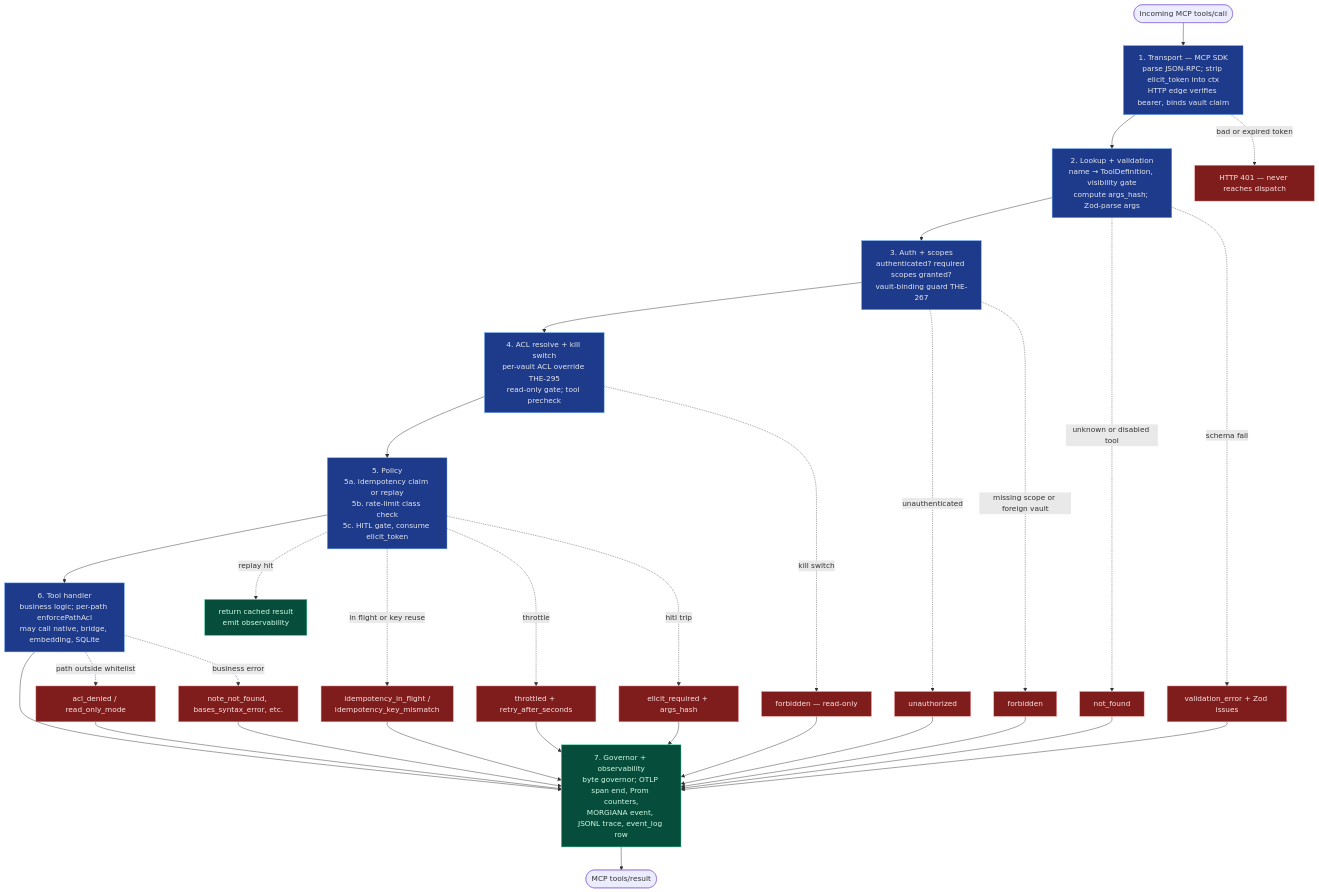
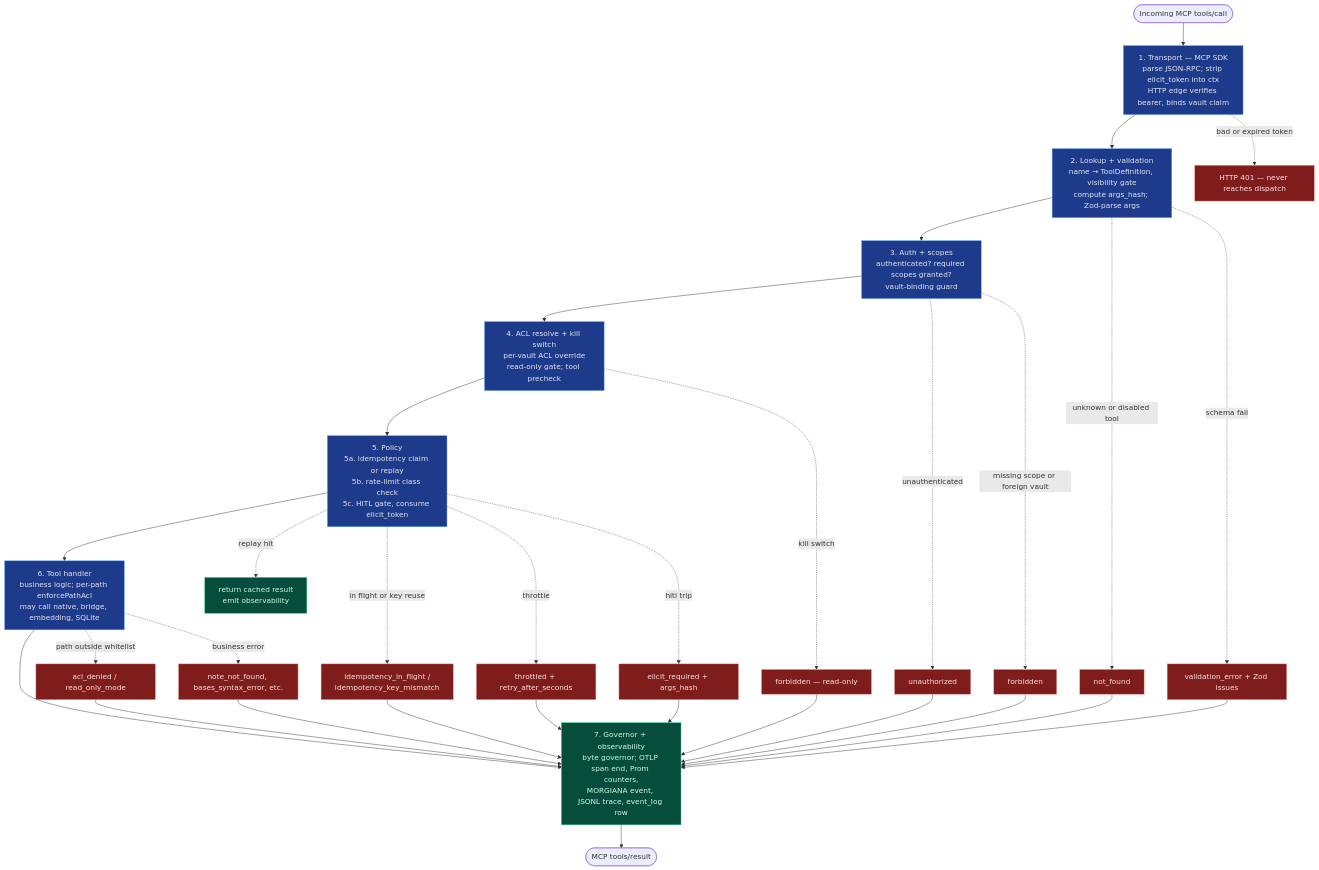
One commit to The-40-Thieves/obsidian-tc changed the diagram in ARCHITECTURE.md. Above: the diagram before and after it, drawn with Mermaid. The commit also changed other lines of this file and 86 other files, not shown here.

````diff
--- a/ARCHITECTURE.md
+++ b/ARCHITECTURE.md
@@ -128,54 +126,54 @@
 ```mermaid
 flowchart TB
     classDef ts fill:#1e3a8a,stroke:#60a5fa,color:#e5e7eb
     classDef store fill:#312e81,stroke:#a78bfa,color:#ede9fe
     classDef obs fill:#064e3b,stroke:#34d399,color:#d1fae5
     classDef err fill:#7f1d1d,stroke:#fca5a5,color:#fee2e2
 
     req([Incoming MCP tools/call])
     req --> transport
 
     transport[1. Transport — MCP SDK<br/>parse JSON-RPC; strip elicit_token into ctx<br/>HTTP edge verifies bearer, binds vault claim]:::ts
     transport --> lookup
     transport -.bad or expired token.-> errAuth[HTTP 401 — never reaches dispatch]:::err
 
     lookup[2. Lookup + validation<br/>name → ToolDefinition, visibility gate<br/>compute args_hash; Zod-parse args]:::ts
     lookup --> auth
     lookup -.unknown or disabled tool.-> errRouter[not_found]:::err
     lookup -.schema fail.-> errValidation[validation_error + Zod issues]:::err
 
-    auth[3. Auth + scopes<br/>authenticated? required scopes granted?<br/>vault-binding guard THE-267]:::ts
+    auth[3. Auth + scopes<br/>authenticated? required scopes granted?<br/>vault-binding guard]:::ts
     auth --> acl
     auth -.unauthenticated.-> errUnauth[unauthorized]:::err
     auth -.missing scope or foreign vault.-> errForbidden[forbidden]:::err
 
-    acl[4. ACL resolve + kill switch<br/>per-vault ACL override THE-295<br/>read-only gate; tool precheck]:::ts
+    acl[4. ACL resolve + kill switch<br/>per-vault ACL override<br/>read-only gate; tool precheck]:::ts
     acl --> policy
     acl -.kill switch.-> errReadOnly[forbidden — read-only]:::err
 
     policy[5. Policy<br/>5a. idempotency claim or replay<br/>5b. rate-limit class check<br/>5c. HITL gate, consume elicit_token]:::ts
     policy --> impl
     policy -.replay hit.-> cached[return cached result<br/>emit observability]:::obs
     policy -.in flight or key reuse.-> errIdem[idempotency_in_flight /<br/>idempotency_key_mismatch]:::err
     policy -.throttle.-> errRate[throttled + retry_after_seconds]:::err
     policy -.hitl trip.-> errElicit[elicit_required + args_hash]:::err
 
     impl[6. Tool handler<br/>business logic; per-path enforcePathAcl<br/>may call native, bridge, embedding, SQLite]:::ts
     impl --> obsEmit
     impl -.path outside whitelist.-> errAcl[acl_denied / read_only_mode]:::err
     impl -.business error.-> errImpl[note_not_found, bases_syntax_error, etc.]:::err
 
     obsEmit[7. Governor + observability<br/>byte governor; OTLP span end, Prom counters,<br/>MORGIANA event, JSONL trace, event_log row]:::obs
     obsEmit --> resp([MCP tools/result])
 
     errRouter --> obsEmit
     errValidation --> obsEmit
     errUnauth --> obsEmit
     errForbidden --> obsEmit
     errReadOnly --> obsEmit
     errIdem --> obsEmit
     errRate --> obsEmit
     errElicit --> obsEmit
     errAcl --> obsEmit
     errImpl --> obsEmit
 ```
````
